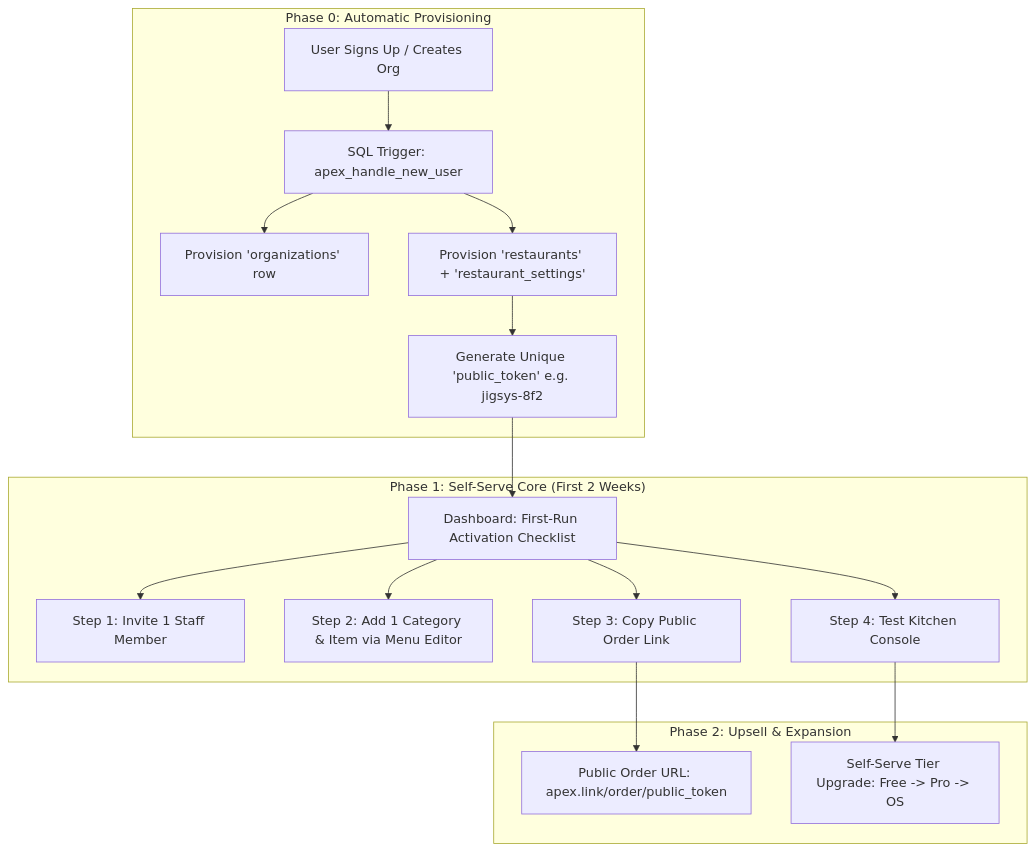
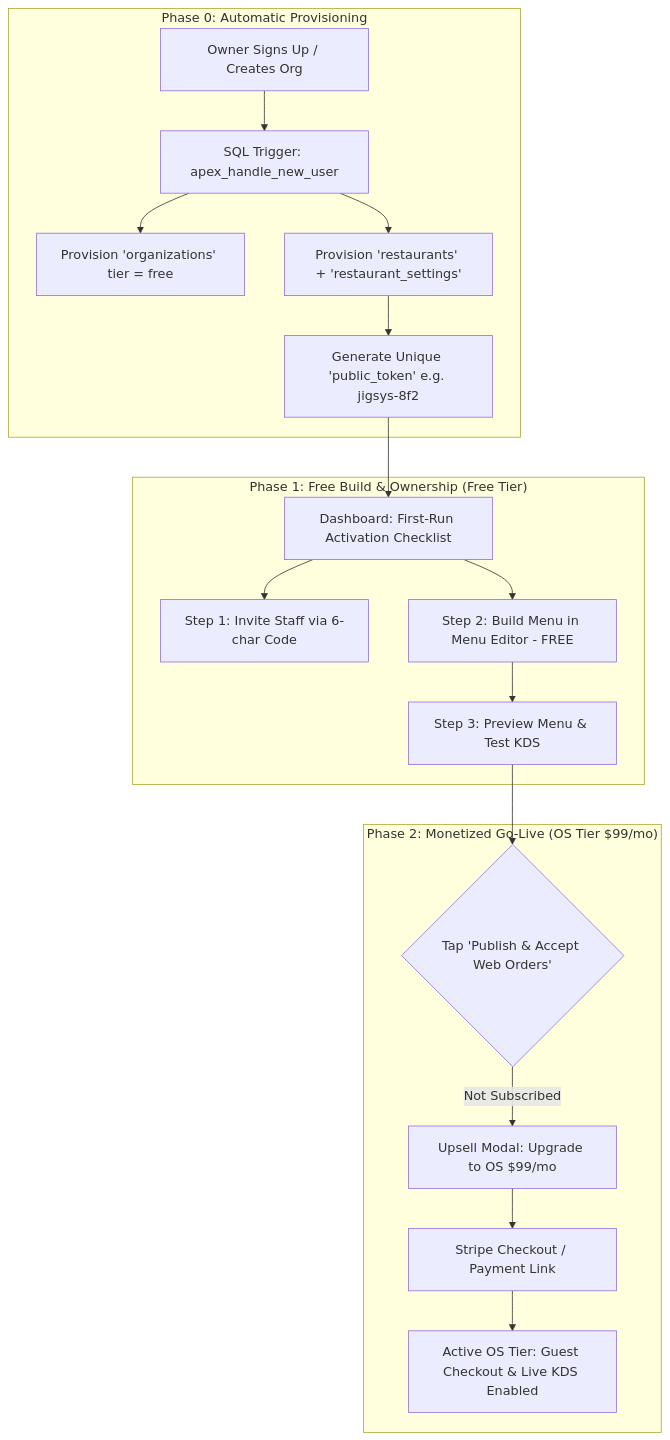
One commit to nicholaswittle/wisenseobsidian changed the diagram in wisense/projects/APEX_V2_SELF_SERVE_OS_GAMEPLAN_2026-07-28.md. Above: the diagram before and after it, drawn with Mermaid. The commit also changed other lines of this file, not shown here.

Commit message:
docs: refine Apex v2 Self-Serve OS Game Plan per Cursor feedback

````diff
--- a/wisense/projects/APEX_V2_SELF_SERVE_OS_GAMEPLAN_2026-07-28.md
+++ b/wisense/projects/APEX_V2_SELF_SERVE_OS_GAMEPLAN_2026-07-28.md
@@ -63,22 +49,23 @@
 ```mermaid
 flowchart TD
     subgraph Phase0["Phase 0: Automatic Provisioning"]
-        A[User Signs Up / Creates Org] --> B[SQL Trigger: apex_handle_new_user]
-        B --> C[Provision 'organizations' row]
+        A[Owner Signs Up / Creates Org] --> B[SQL Trigger: apex_handle_new_user]
+        B --> C[Provision 'organizations' tier = free]
         B --> D[Provision 'restaurants' + 'restaurant_settings']
         D --> E[Generate Unique 'public_token' e.g. jigsys-8f2]
     end
 
-    subgraph Phase1["Phase 1: Self-Serve Core (First 2 Weeks)"]
+    subgraph Phase1["Phase 1: Free Build & Ownership (Free Tier)"]
         E --> F[Dashboard: First-Run Activation Checklist]
-        F --> G[Step 1: Invite 1 Staff Member]
-        F --> H[Step 2: Add 1 Category & Item via Menu Editor]
-        F --> I[Step 3: Copy Public Order Link]
-        F --> J[Step 4: Test Kitchen Console]
+        F --> G[Step 1: Invite Staff via 6-char Code]
+        F --> H[Step 2: Build Menu in Menu Editor - FREE]
+        H --> I[Step 3: Preview Menu & Test KDS]
     end
 
-    subgraph Phase2["Phase 2: Upsell & Expansion"]
-        I --> K[Public Order URL: apex.link/order/public_token]
-        J --> L[Self-Serve Tier Upgrade: Free -> Pro -> OS]
+    subgraph Phase2["Phase 2: Monetized Go-Live (OS Tier $99/mo)"]
+        I --> J{Tap 'Publish & Accept Web Orders'}
+        J -- "Not Subscribed" --> K[Upsell Modal: Upgrade to OS $99/mo]
+        K --> L[Stripe Checkout / Payment Link]
+        L --> M[Active OS Tier: Guest Checkout & Live KDS Enabled]
     end
 ```
````
